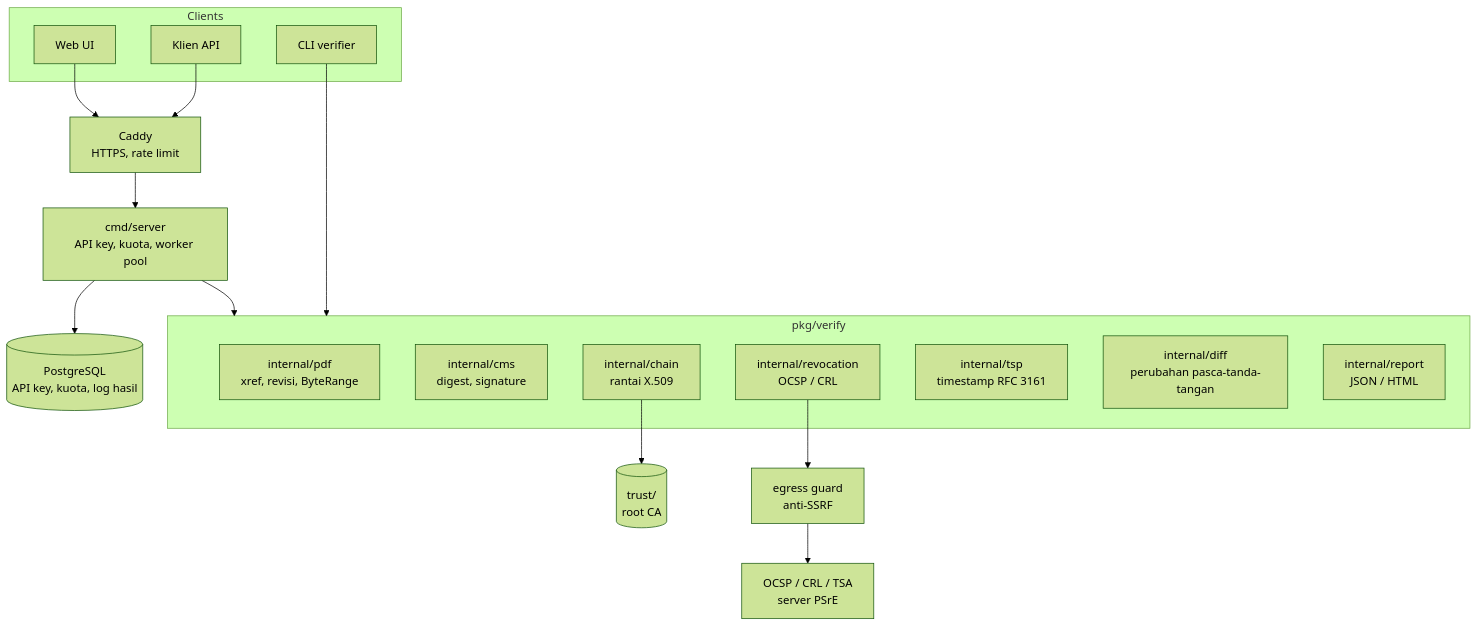
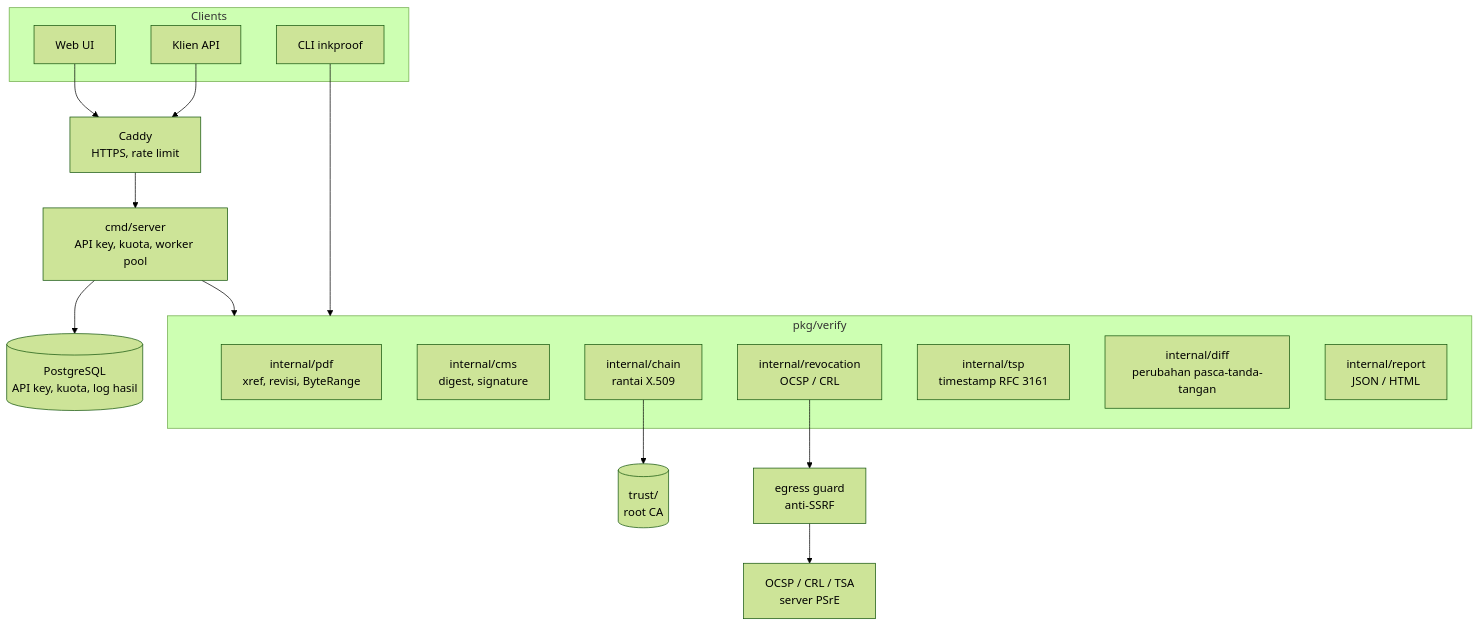
The diagram in docs/design.md (Nuryanfa/Inkproof), drawn with Mermaid (forest theme) before and after one commit. The commit also changed other lines of this file and 2 other files, not shown here.

Commit message:
docs: align CLI name with cmd/inkproof and skip missing fuzz targets
README and design still referred to the old `verifier` CLI after the
rename to cmd/inkproof. `make fuzz` now skips targets that do not exist
yet, matching the CI fuzz-smoke job.

````diff
--- a/docs/design.md
+++ b/docs/design.md
@@ -16,35 +16,35 @@
 ```mermaid
 flowchart TB
     subgraph Clients
         WEB[Web UI]
         APIC[Klien API]
-        CLI[CLI verifier]
+        CLI[CLI inkproof]
     end
 
     CADDY[Caddy<br/>HTTPS, rate limit]
     SRV[cmd/server<br/>API key, kuota, worker pool]
     PG[(PostgreSQL<br/>API key, kuota, log hasil)]
 
     subgraph CORE[pkg/verify]
         P[internal/pdf<br/>xref, revisi, ByteRange]
         I[internal/cms<br/>digest, signature]
         C[internal/chain<br/>rantai X.509]
         R[internal/revocation<br/>OCSP / CRL]
         T[internal/tsp<br/>timestamp RFC 3161]
         D[internal/diff<br/>perubahan pasca-tanda-tangan]
         RP[internal/report<br/>JSON / HTML]
     end
 
     TS[(trust/<br/>root CA)]
     EG[egress guard<br/>anti-SSRF]
     EXT[OCSP / CRL / TSA<br/>server PSrE]
 
     WEB --> CADDY
     APIC --> CADDY
     CADDY --> SRV
     SRV --> PG
     SRV --> CORE
     CLI --> CORE
     C --> TS
     R --> EG --> EXT
 ```
````
